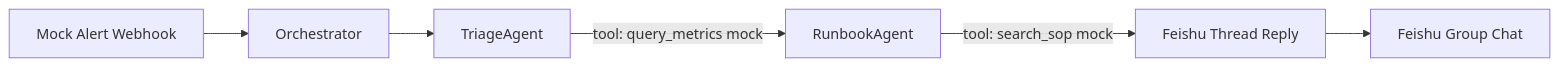
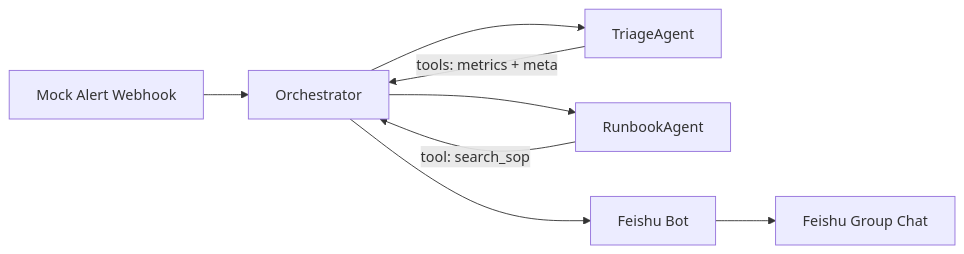
The first of 2 diagrams in docs/superpowers/specs/2026-06-27-coagent-design.md (lurui1997/coagent), drawn with Mermaid before and after one commit. The commit also changed other lines of this file, not shown here.

First line of the commit message:
Clarify Feishu message topology and escalate behavior in spec.

````diff
--- a/docs/superpowers/specs/2026-06-27-coagent-design.md
+++ b/docs/superpowers/specs/2026-06-27-coagent-design.md
@@ -76,8 +76,10 @@
 ```mermaid
 flowchart LR
     A[Mock Alert Webhook] --> B[Orchestrator]
     B --> C[TriageAgent]
-    C -->|tool: query_metrics mock| D[RunbookAgent]
-    D -->|tool: search_sop mock| E[Feishu Thread Reply]
+    C -->|tools: metrics + meta| B
+    B --> D[RunbookAgent]
+    D -->|tool: search_sop| B
+    B --> E[Feishu Bot]
     E --> F[Feishu Group Chat]
 ```
````
